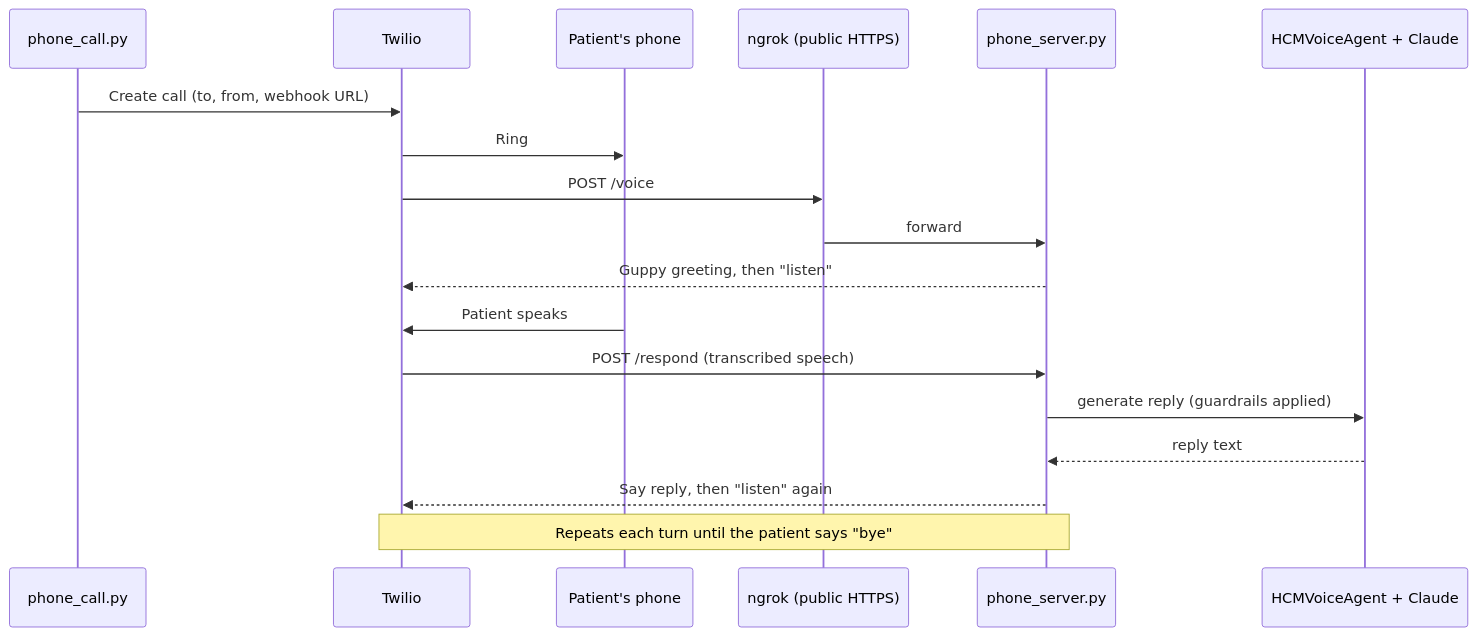
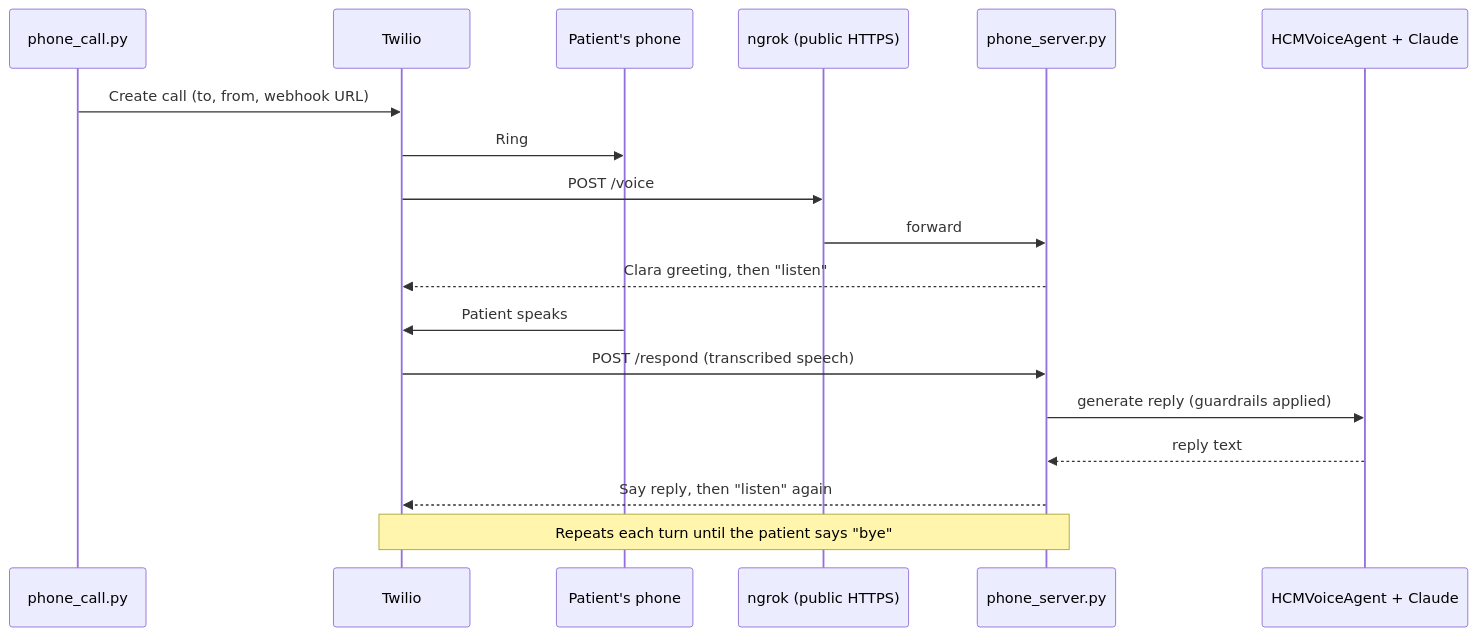
The diagram in GETTING_STARTED.md (yashvadlamani/hcm-agent), drawn with Mermaid before and after one commit. The commit also changed other lines of this file and 5 other files, not shown here.

First line of the commit message:
Rename the voice assistant from Guppy to Clara

````diff
--- a/GETTING_STARTED.md
+++ b/GETTING_STARTED.md
@@ -38,21 +38,21 @@
 ```mermaid
 sequenceDiagram
     participant Dev as phone_call.py
     participant T as Twilio
     participant P as Patient's phone
     participant N as ngrok (public HTTPS)
     participant S as phone_server.py
     participant A as HCMVoiceAgent + Claude
 
     Dev->>T: Create call (to, from, webhook URL)
     T->>P: Ring
     T->>N: POST /voice
     N->>S: forward
-    S-->>T: Guppy greeting, then "listen"
+    S-->>T: Clara greeting, then "listen"
     P->>T: Patient speaks
     T->>S: POST /respond (transcribed speech)
     S->>A: generate reply (guardrails applied)
     A-->>S: reply text
     S-->>T: Say reply, then "listen" again
     Note over T,S: Repeats each turn until the patient says "bye"
 ```
````
